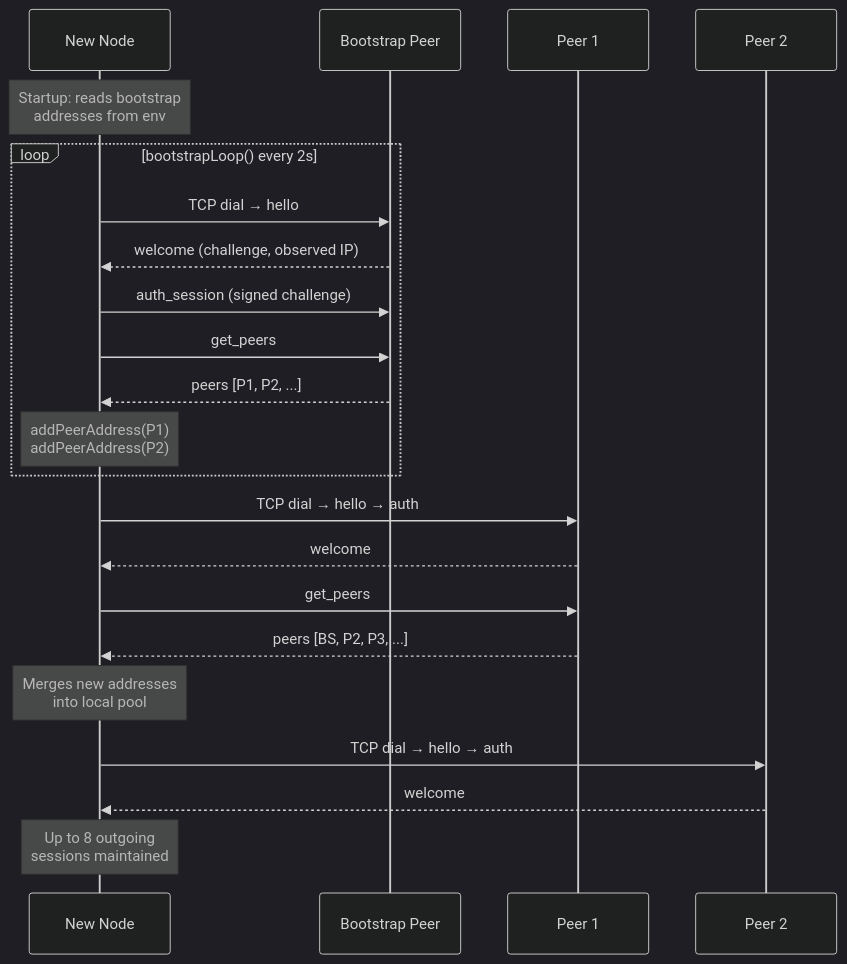
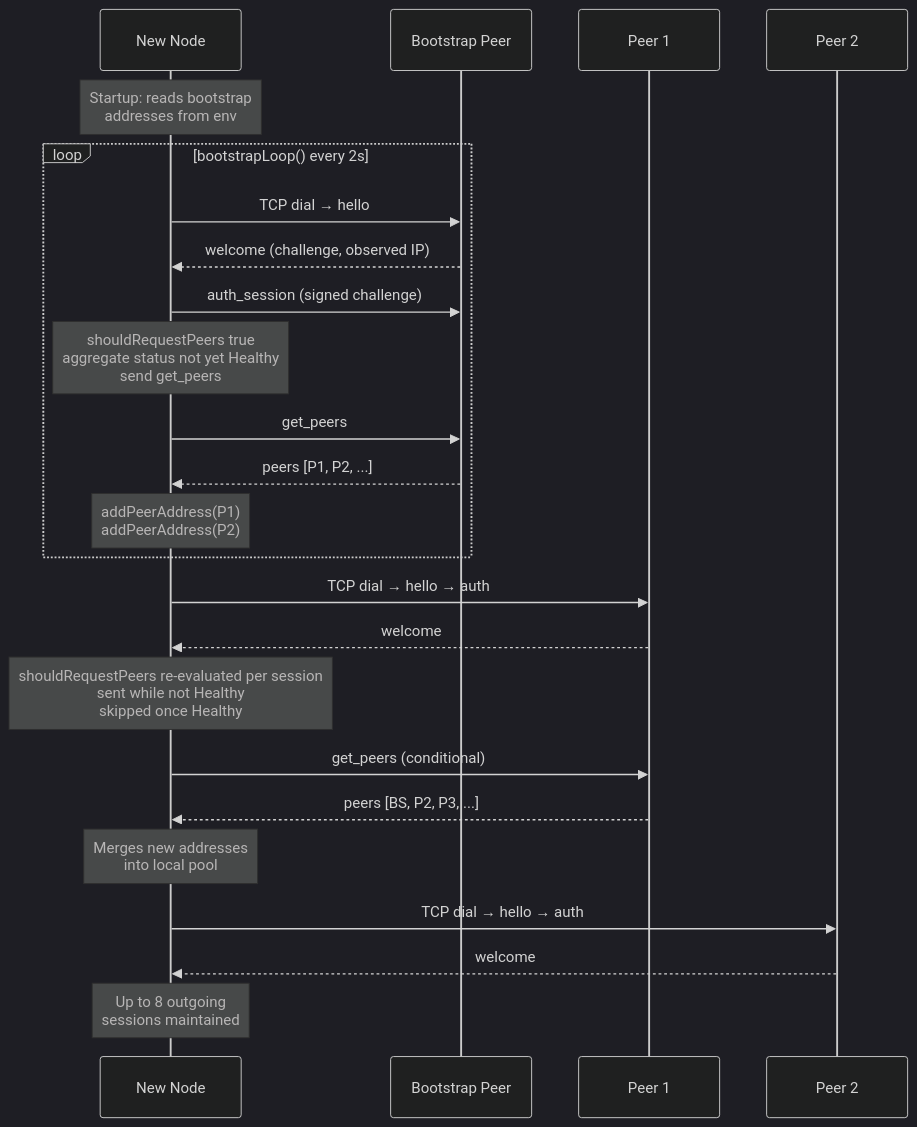
Before and after one commit to piratecash/corsa: the second of 18 diagrams in docs/mesh.md, drawn with Mermaid (dark theme). The commit also changed other lines of this file and 24 other files, not shown here.

````diff
--- a/docs/mesh.md
+++ b/docs/mesh.md
@@ -52,28 +52,30 @@
 ```mermaid
 sequenceDiagram
     participant New as New Node
     participant BS as Bootstrap Peer
     participant P1 as Peer 1
     participant P2 as Peer 2
 
     Note over New: Startup: reads bootstrap<br/>addresses from env
 
     loop bootstrapLoop() every 2s
         New->>BS: TCP dial → hello
         BS-->>New: welcome (challenge, observed IP)
         New->>BS: auth_session (signed challenge)
+        Note over New: shouldRequestPeers true<br/>aggregate status not yet Healthy<br/>send get_peers
         New->>BS: get_peers
         BS-->>New: peers [P1, P2, ...]
         Note over New: addPeerAddress(P1)<br/>addPeerAddress(P2)
     end
 
     New->>P1: TCP dial → hello → auth
     P1-->>New: welcome
-    New->>P1: get_peers
+    Note over New: shouldRequestPeers re-evaluated per session<br/>sent while not Healthy<br/>skipped once Healthy
+    New->>P1: get_peers (conditional)
     P1-->>New: peers [BS, P2, P3, ...]
     Note over New: Merges new addresses<br/>into local pool
 
     New->>P2: TCP dial → hello → auth
     P2-->>New: welcome
     Note over New: Up to 8 outgoing<br/>sessions maintained
 ```
````
